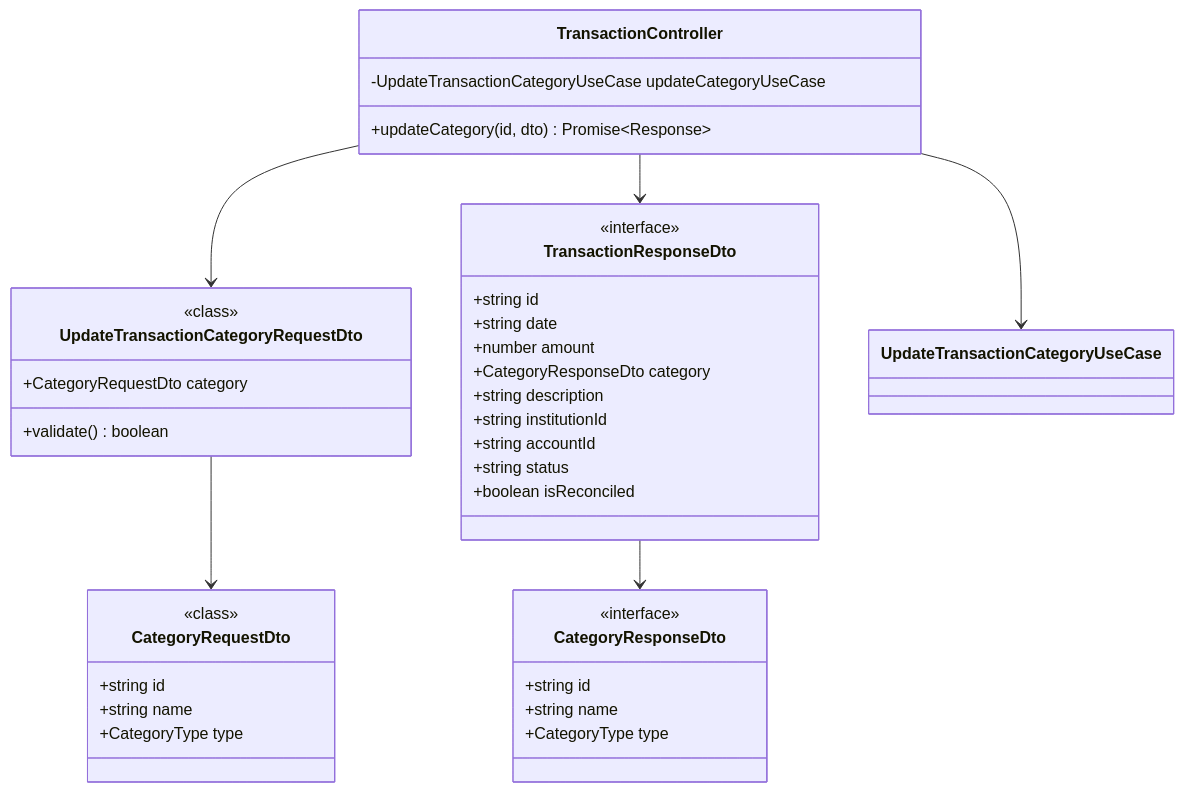
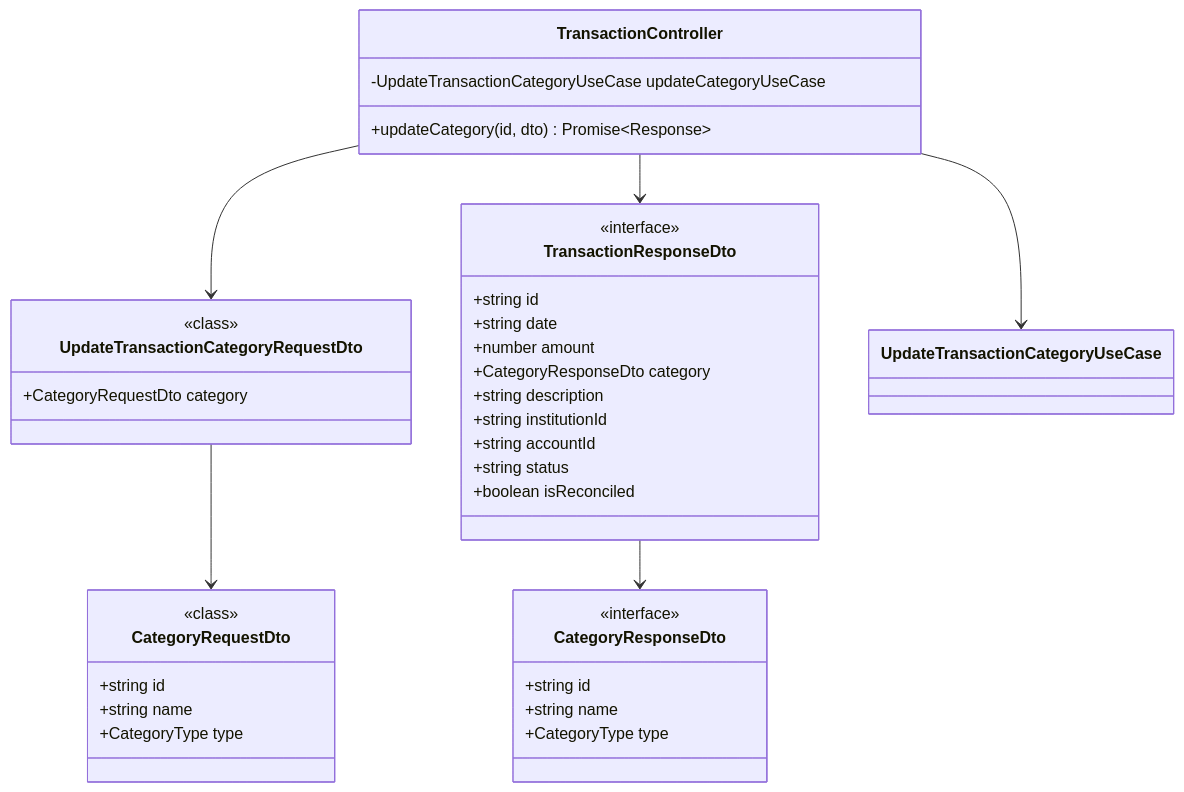
The fourth of 9 diagrams in docs/detailed-design/FR-010_manual-category-edit/class-diagrams.md (kencom2400/account-book), drawn with Mermaid before and after one commit. The commit also changed other lines of this file and 3 other files, not shown here.

````diff
--- a/docs/detailed-design/FR-010_manual-category-edit/class-diagrams.md
+++ b/docs/detailed-design/FR-010_manual-category-edit/class-diagrams.md
@@ -278,46 +280,45 @@
 ```mermaid
 classDiagram
     class TransactionController {
         -UpdateTransactionCategoryUseCase updateCategoryUseCase
         +updateCategory(id, dto) Promise~Response~
     }
 
     class UpdateTransactionCategoryRequestDto {
         <<class>>
         +CategoryRequestDto category
-        +validate() boolean
     }
 
     class CategoryRequestDto {
         <<class>>
         +string id
         +string name
         +CategoryType type
     }
 
     class TransactionResponseDto {
         <<interface>>
         +string id
         +string date
         +number amount
         +CategoryResponseDto category
         +string description
         +string institutionId
         +string accountId
         +string status
         +boolean isReconciled
     }
 
     class CategoryResponseDto {
         <<interface>>
         +string id
         +string name
         +CategoryType type
     }
 
     TransactionController --> UpdateTransactionCategoryUseCase
     TransactionController --> UpdateTransactionCategoryRequestDto
     TransactionController --> TransactionResponseDto
     UpdateTransactionCategoryRequestDto --> CategoryRequestDto
     TransactionResponseDto --> CategoryResponseDto
 ```
````
